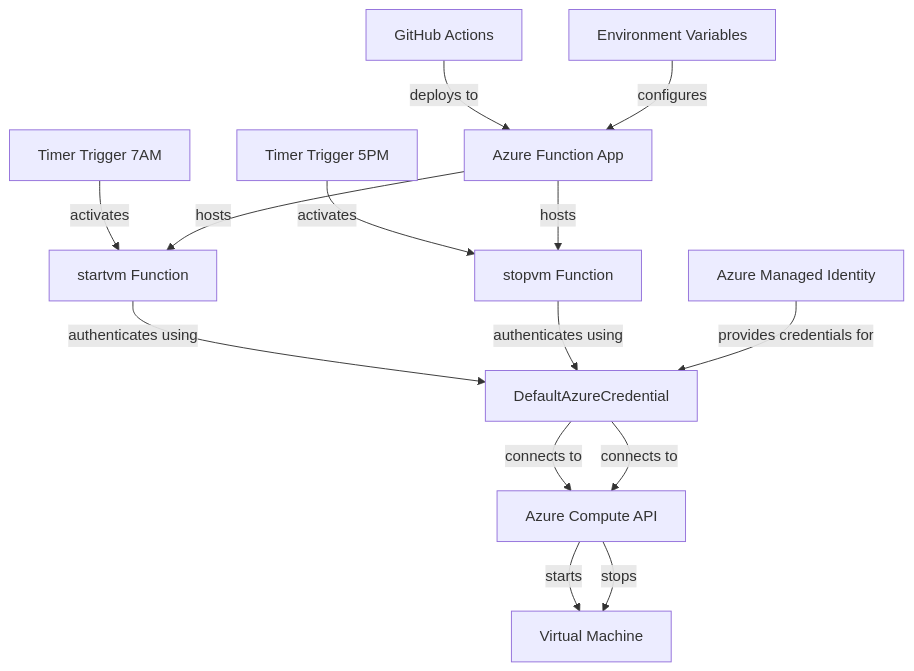
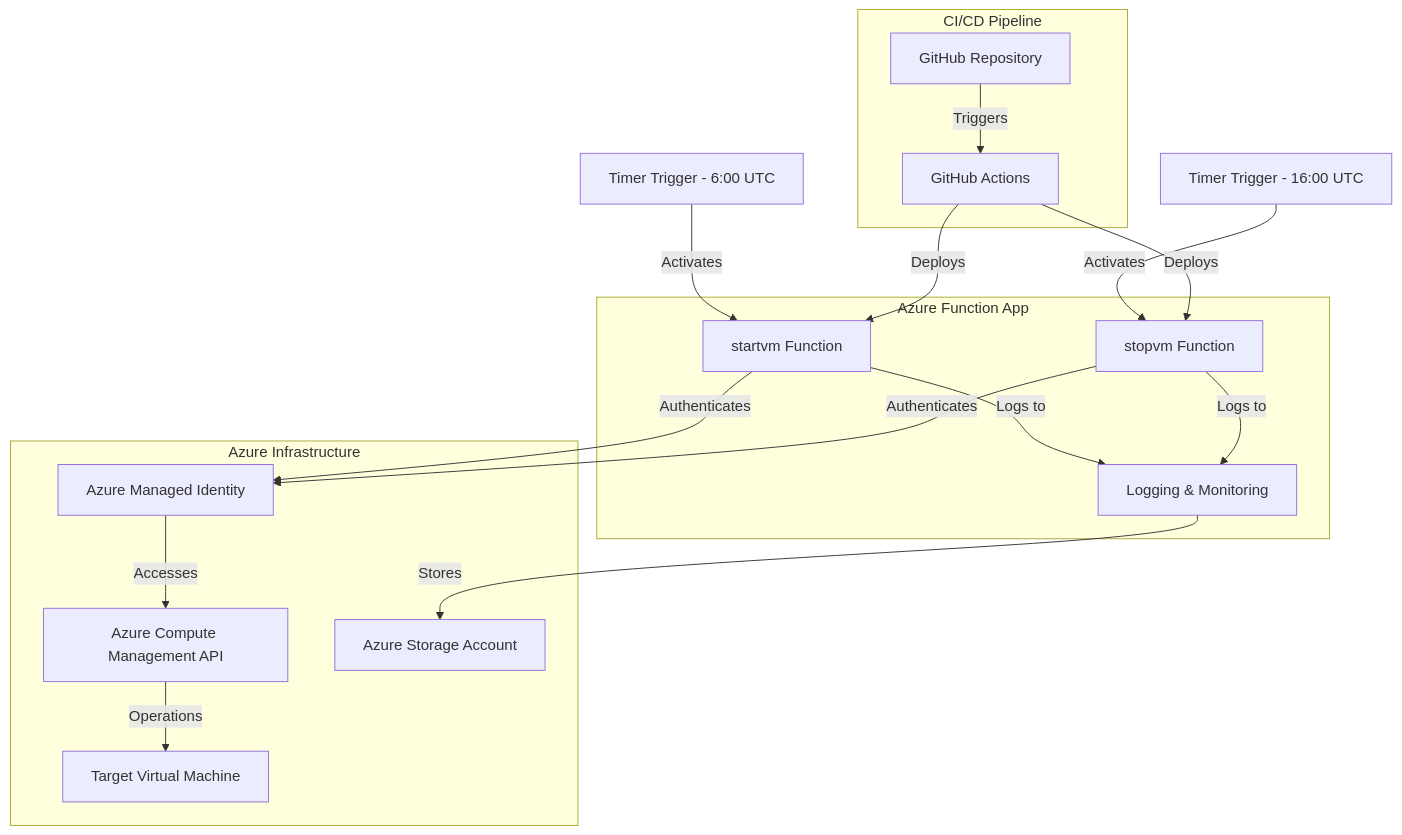
One commit to yungryce/startstopvm changed the first of 3 diagrams in ARCHITECTURE.md. Above: the diagram before and after it, drawn with Mermaid. The commit also changed other lines of this file and 4 other files, not shown here.

````diff
--- a/ARCHITECTURE.md
+++ b/ARCHITECTURE.md
@@ -3,19 +10,38 @@
 ```mermaid
 graph TD
-    A[Timer Trigger 7AM] -->|activates| B[startvm Function]
-    B -->|authenticates using| C[DefaultAzureCredential]
-    C -->|connects to| D[Azure Compute API]
-    D -->|starts| E[Virtual Machine]
+    A[Timer Trigger - 6:00 UTC] -->|Activates| B[startvm Function]
+    C[Timer Trigger - 16:00 UTC] -->|Activates| D[stopvm Function]
     
-    F[Timer Trigger 5PM] -->|activates| G[stopvm Function]
-    G -->|authenticates using| C
-    C -->|connects to| D
-    D -->|stops| E
-
-    H[GitHub Actions] -->|deploys to| I[Azure Function App]
-    I -->|hosts| B
-    I -->|hosts| G
+    B -->|Authenticates| E[Azure Managed Identity]
+    D -->|Authenticates| E
     
-    J[Environment Variables] -->|configures| I
-    K[Azure Managed Identity] -->|provides credentials for| C
+    E -->|Accesses| F[Azure Compute Management API]
+    
+    F -->|Operations| G[Target Virtual Machine]
+    
+    subgraph "Azure Function App"
+        B
+        D
+        H[Logging & Monitoring]
+    end
+    
+    subgraph "CI/CD Pipeline"
+        I[GitHub Repository]
+        J[GitHub Actions]
+    end
+    
+    subgraph "Azure Infrastructure"
+        E
+        F
+        G
+        K[Azure Storage Account]
+    end
+    
+    I -->|Triggers| J
+    J -->|Deploys| B
+    J -->|Deploys| D
+    
+    B -->|Logs to| H
+    D -->|Logs to| H
+    H -->|Stores| K
 ```
````
